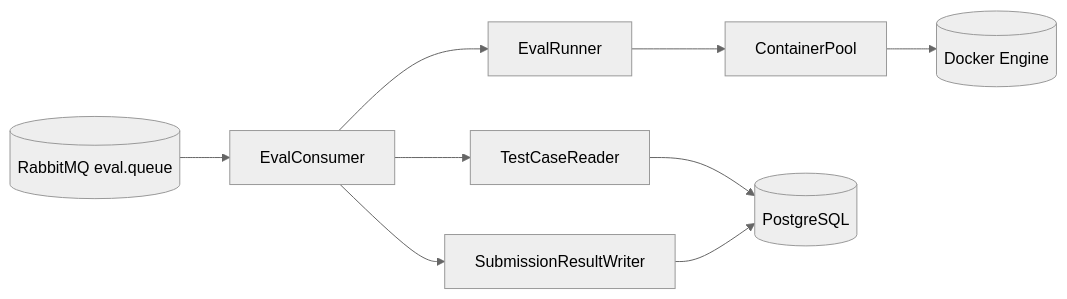
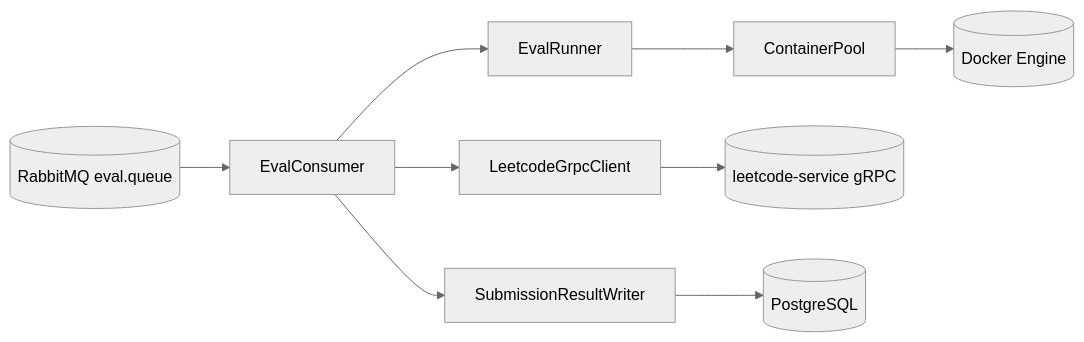
Before and after one commit to FuJacob/leetdoodle: the third of 5 diagrams in docs/backend/architecture/components.md, drawn with Mermaid (neutral theme). The commit also changed other lines of this file and 47 other files, not shown here.

First line of the commit message:
feat: migrate worker to fetch eval data via gRPC from leetcode-service

````diff
--- a/docs/backend/architecture/components.md
+++ b/docs/backend/architecture/components.md
@@ -52,20 +55,21 @@
 ```mermaid
 flowchart LR
     EC[EvalConsumer]
-    TCR[TestCaseReader]
+    GC[LeetcodeGrpcClient]
     ER[EvalRunner]
     CP[ContainerPool]
     SRW[SubmissionResultWriter]
     RMQ[(RabbitMQ eval.queue)]
+    LEE[(leetcode-service gRPC)]
     PG[(PostgreSQL)]
     DCK[(Docker Engine)]
 
     RMQ --> EC
-    EC --> TCR
+    EC --> GC
     EC --> ER
     EC --> SRW
-    TCR --> PG
+    GC --> LEE
     SRW --> PG
     ER --> CP
     CP --> DCK
 ```
````
